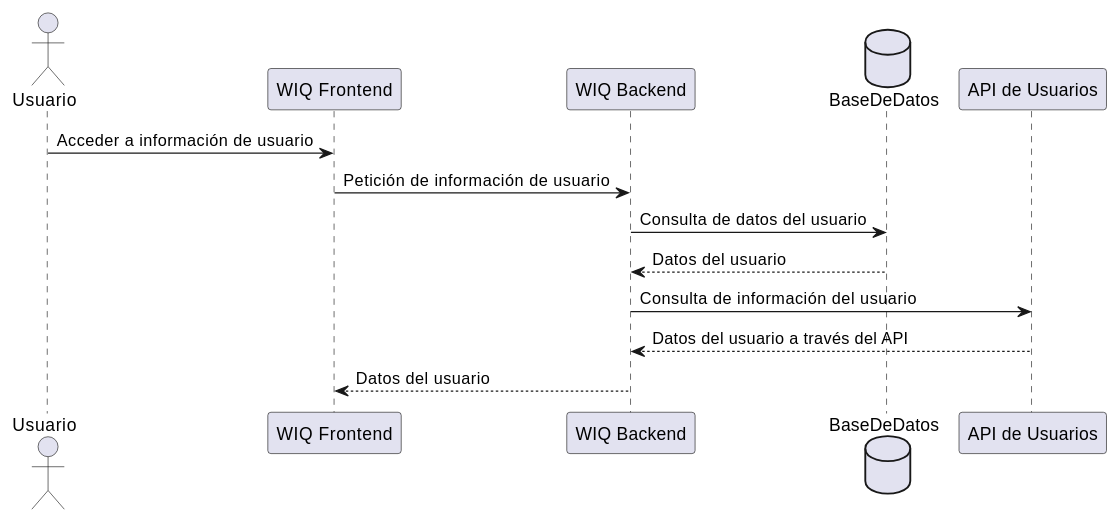
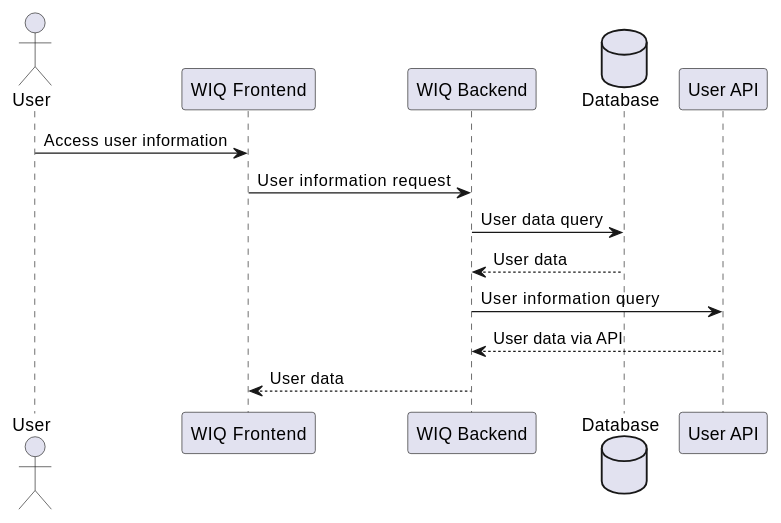
Before and after one commit to Arquisoft/wiq_es04b: the fifth of 6 diagrams in docs/src/06_runtime_view.adoc, drawn with PlantUML. The commit also changed other lines of this file and 1 other file, not shown here.

```diff
--- a/docs/src/06_runtime_view.adoc
+++ b/docs/src/06_runtime_view.adoc
@@ -107,16 +107,16 @@
 [plantuml,"Sequence diagram 5",png]
 ----
-actor Usuario
+actor User
 participant "WIQ Frontend" as Frontend
 participant "WIQ Backend" as Backend
-database BaseDeDatos as DB
-participant "API de Usuarios" as UserAPI
+database Database as DB
+participant "User API" as UserAPI
 
-Usuario -> Frontend: Acceder a información de usuario
-Frontend -> Backend: Petición de información de usuario
-Backend -> DB: Consulta de datos del usuario
-DB --> Backend: Datos del usuario
-Backend -> UserAPI: Consulta de información del usuario
-UserAPI --> Backend: Datos del usuario a través del API
-Backend --> Frontend: Datos del usuario
+User -> Frontend: Access user information
+Frontend -> Backend: User information request
+Backend -> DB: User data query
+DB --> Backend: User data
+Backend -> UserAPI: User information query
+UserAPI --> Backend: User data via API
+Backend --> Frontend: User data
 ----
```
